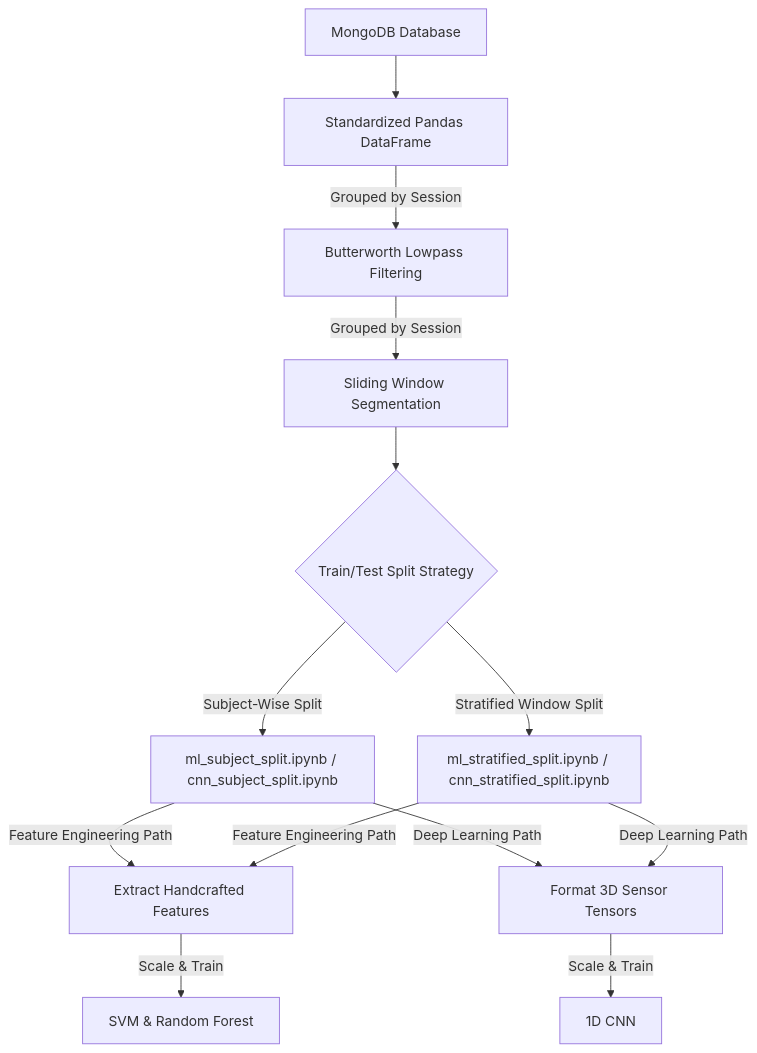
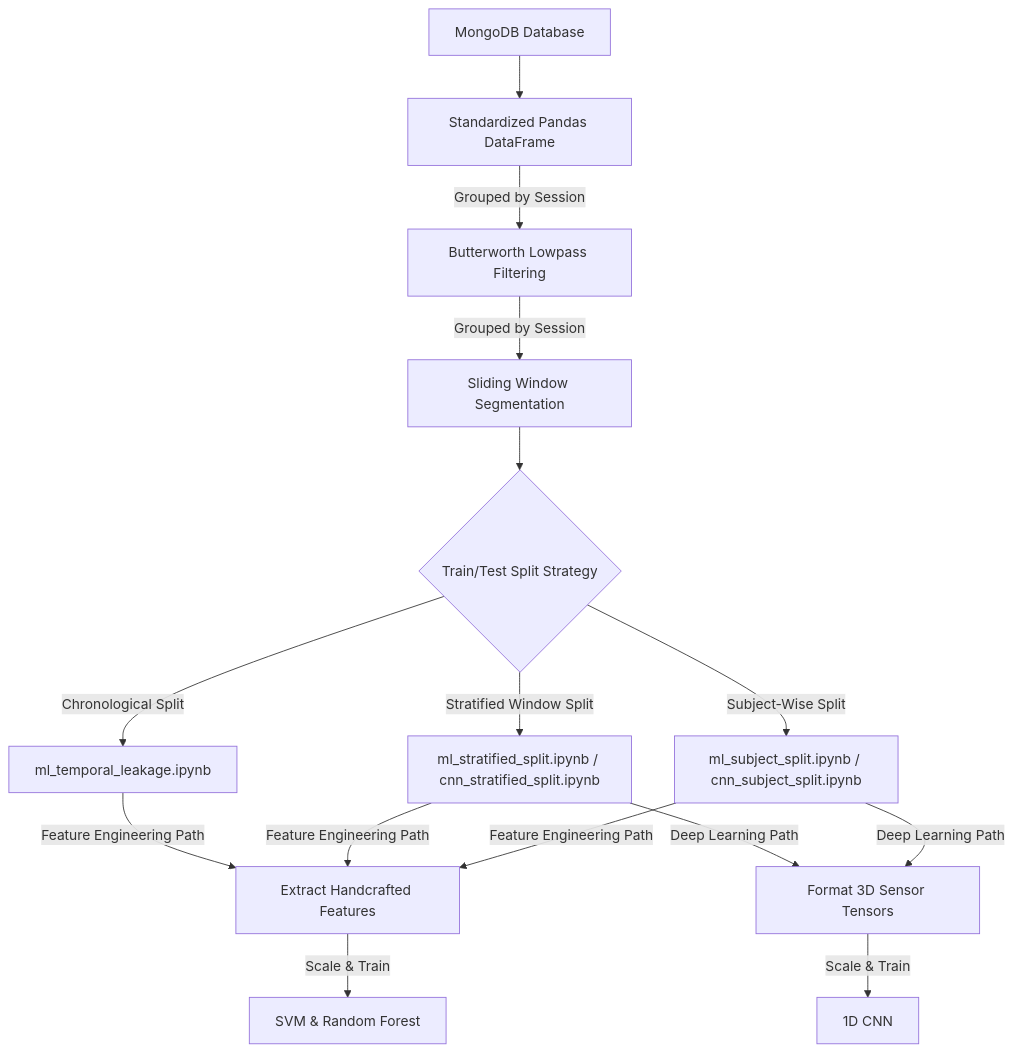
One commit to spyrosManolatos/AIoT-Human-Gesture-Recognition changed the diagram in docs/readme_pipeline.md. Above: the diagram before and after it, drawn with Mermaid. The commit also changed other lines of this file and 18 other files, not shown here.

````diff
--- a/docs/readme_pipeline.md
+++ b/docs/readme_pipeline.md
@@ -11,18 +11,19 @@
 ```mermaid
 graph TD
     A[MongoDB Database] --> B[Standardized Pandas DataFrame]
     B -->|Grouped by Session| C[Butterworth Lowpass Filtering]
     C -->|Grouped by Session| D[Sliding Window Segmentation]
     D --> E{Train/Test Split Strategy}
     
     %% Split branches
     E -->|Subject-Wise Split| F[ml_subject_split.ipynb / cnn_subject_split.ipynb]
     E -->|Stratified Window Split| G[ml_stratified_split.ipynb / cnn_stratified_split.ipynb]
+    E -->|Chronological Split| L[ml_temporal_leakage.ipynb]
     
     %% Modeling paths
-    F & G -->|Feature Engineering Path| H[Extract Handcrafted Features]
+    F & G & L -->|Feature Engineering Path| H[Extract Handcrafted Features]
     H -->|Scale & Train| I[SVM & Random Forest]
     
     F & G -->|Deep Learning Path| J[Format 3D Sensor Tensors]
     J -->|Scale & Train| K[1D CNN]
 ```
````
